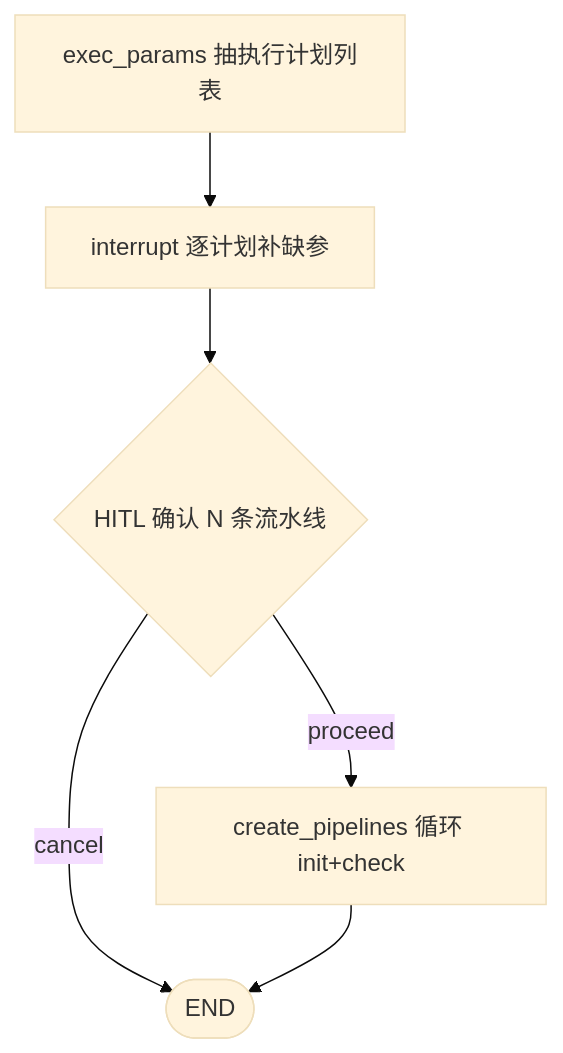
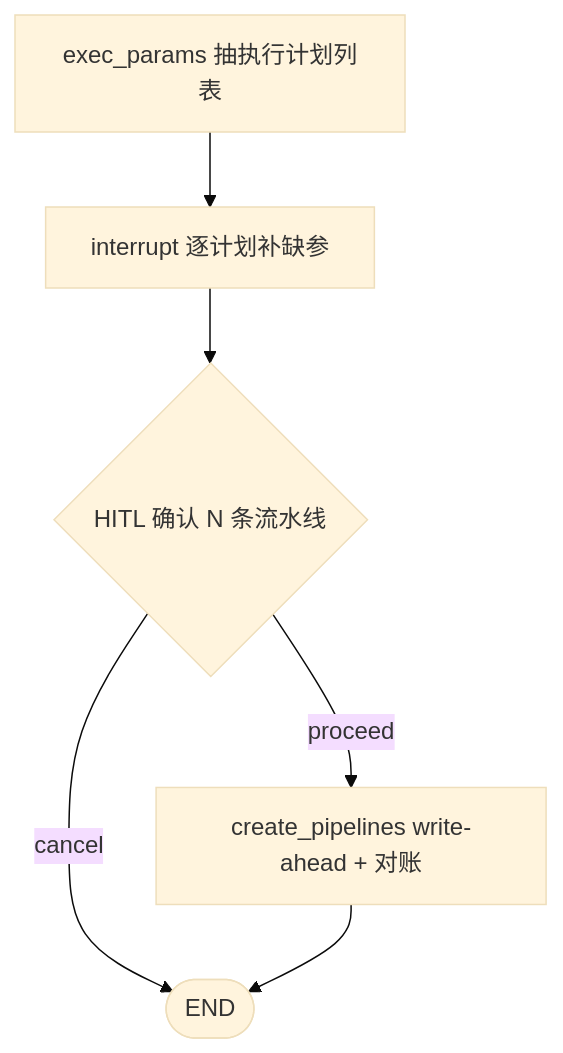
The third of 4 diagrams in docs/architecture.md (LuukkaToT/work_agent), drawn with Mermaid (base theme) before and after one commit. The commit also changed other lines of this file and 14 other files, not shown here.

````diff
--- a/docs/architecture.md
+++ b/docs/architecture.md
@@ -128,8 +130,8 @@
 ```mermaid
 flowchart TD
   Params["exec_params 抽执行计划列表"] --> AskMissing["interrupt 逐计划补缺参"]
   AskMissing --> Confirm{"HITL 确认 N 条流水线"}
   Confirm -->|"cancel"| EndNode(["END"])
-  Confirm -->|"proceed"| Create["create_pipelines 循环 init+check"]
+  Confirm -->|"proceed"| Create["create_pipelines write-ahead + 对账"]
   Create --> EndNode
 ```
````
